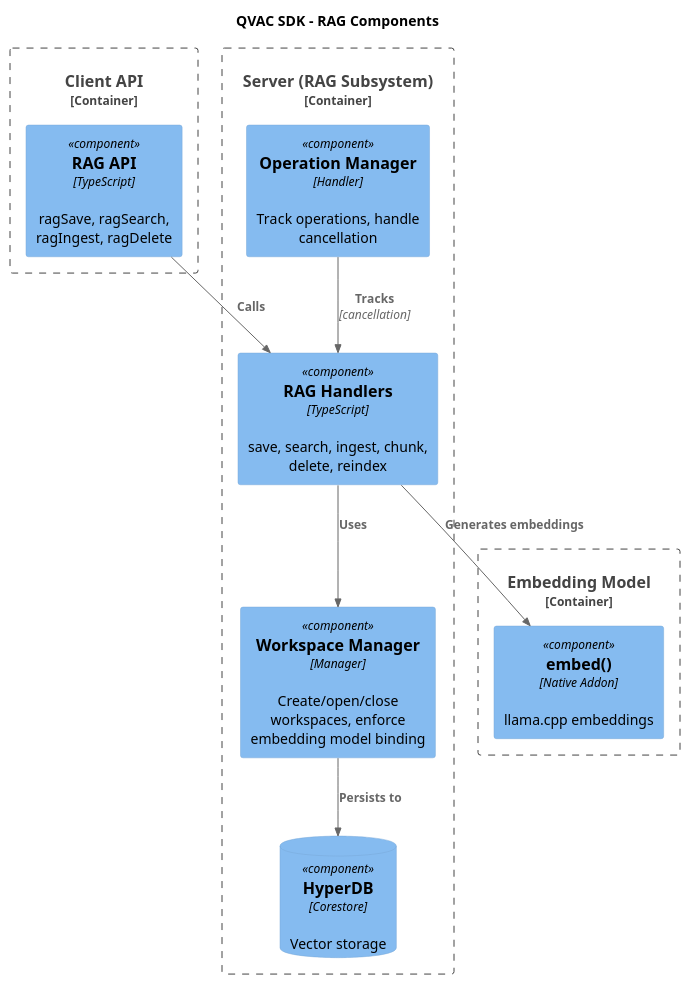
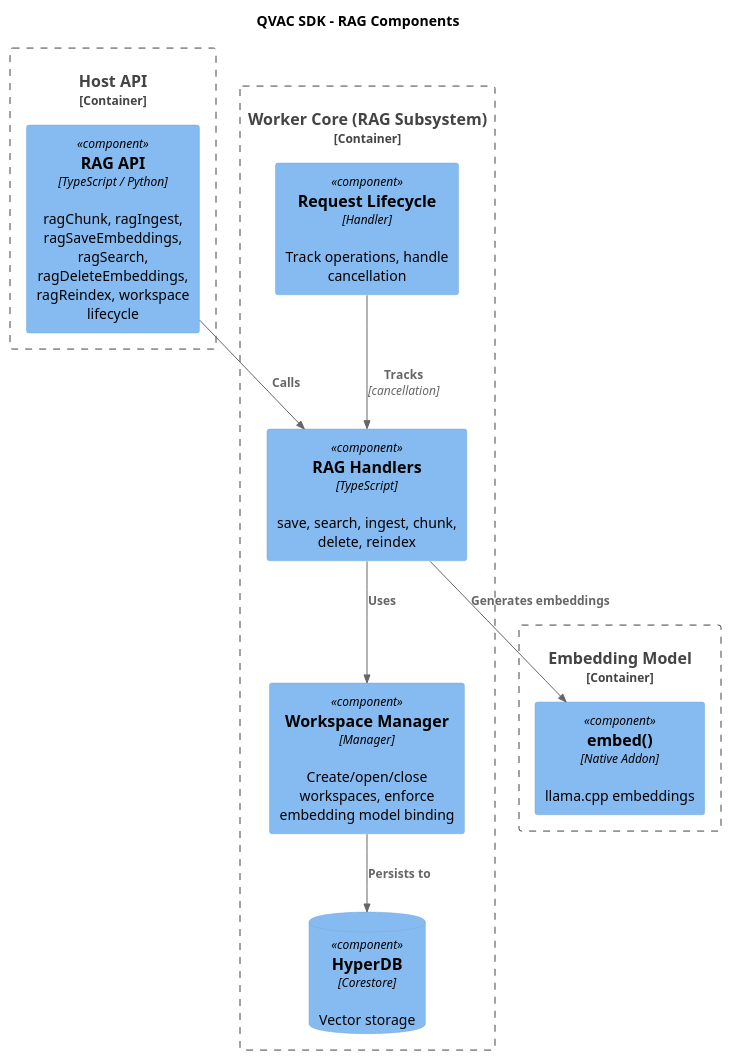
One commit to Zbig9000/qvac changed the diagram in docs/architecture/puml/10-rag-components.puml. Above: the diagram before and after it, drawn with PlantUML. The commit also changed 20 other files, not shown here.

First line of the commit message:
doc[notask]: actualize SDK architecture docs (#3878)

```diff
--- a/docs/architecture/puml/10-rag-components.puml
+++ b/docs/architecture/puml/10-rag-components.puml
@@ -1,27 +1,27 @@
 @startuml
 !include <C4/C4_Component>
 
 title QVAC SDK - RAG Components
 
-Container_Boundary(client_api, "Client API") {
-    Component(rag_api, "RAG API", "TypeScript", "ragSave, ragSearch, ragIngest, ragDelete")
+Container_Boundary(client_api, "Host API") {
+    Component(rag_api, "RAG API", "TypeScript / Python", "ragChunk, ragIngest, ragSaveEmbeddings, ragSearch, ragDeleteEmbeddings, ragReindex, workspace lifecycle")
 }
 
-Container_Boundary(server_rag, "Server (RAG Subsystem)") {
+Container_Boundary(server_rag, "Worker Core (RAG Subsystem)") {
     Component(handlers, "RAG Handlers", "TypeScript", "save, search, ingest, chunk, delete, reindex")
-    Component(op_mgr, "Operation Manager", "Handler", "Track operations, handle cancellation")
+    Component(op_mgr, "Request Lifecycle", "Handler", "Track operations, handle cancellation")
     Component(ws_mgr, "Workspace Manager", "Manager", "Create/open/close workspaces, enforce embedding model binding")
     ComponentDb(hyperdb, "HyperDB", "Corestore", "Vector storage")
 }
 
 Container_Boundary(embed_model, "Embedding Model") {
     Component(embed, "embed()", "Native Addon", "llama.cpp embeddings")
 }
 
 Rel(rag_api, handlers, "Calls")
 Rel(op_mgr, handlers, "Tracks", "cancellation")
 Rel(handlers, ws_mgr, "Uses")
 Rel(ws_mgr, hyperdb, "Persists to")
 Rel(handlers, embed, "Generates embeddings")
 
 @enduml
```
